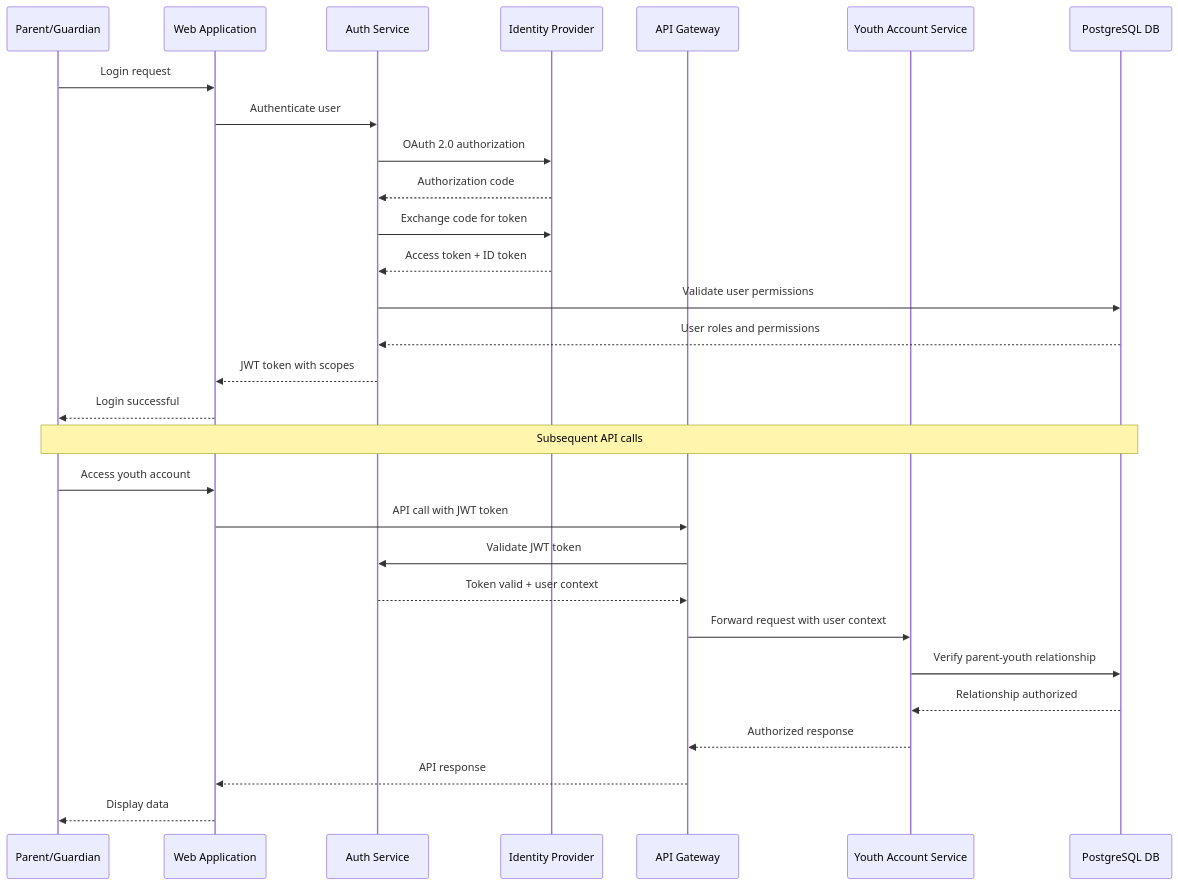
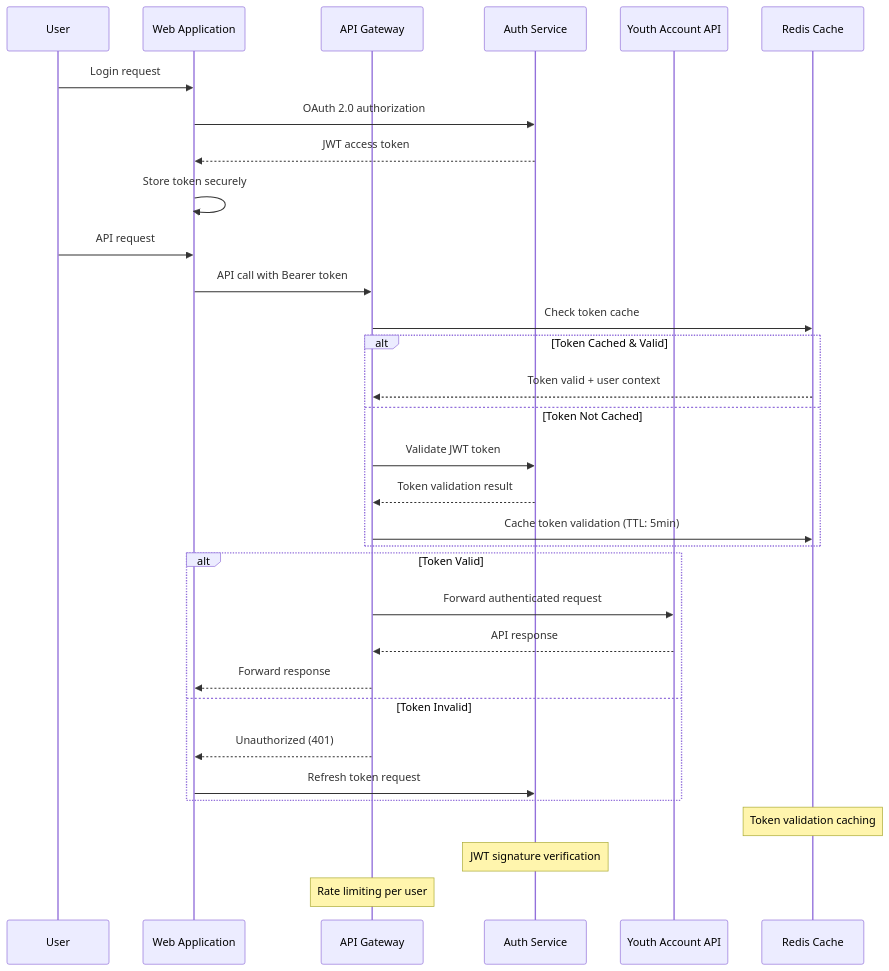
Before and after one commit to ThapaswiASC/SCIB-INCEPTION-PHASE-DEMO: the sixth of 6 diagrams in API Development/Components and Sequence Diagrams/sequence_diagram.md, drawn with Mermaid. The commit also changed other lines of this file and 1 other file, not shown here.

````diff
--- a/API Development/Components and Sequence Diagrams/sequence_diagram.md
+++ b/API Development/Components and Sequence Diagrams/sequence_diagram.md
@@ -303,36 +235,39 @@
 ```mermaid
 sequenceDiagram
-    participant Parent as Parent/Guardian
+    participant User as User
     participant WebApp as Web Application
-    participant AuthService as Auth Service
-    participant IdentityProvider as Identity Provider
-    participant APIGateway as API Gateway
-    participant YouthService as Youth Account Service
-    participant Database as PostgreSQL DB
-
-    Parent->>WebApp: Login request
-    WebApp->>AuthService: Authenticate user
-    AuthService->>IdentityProvider: OAuth 2.0 authorization
-    IdentityProvider-->>AuthService: Authorization code
-    AuthService->>IdentityProvider: Exchange code for token
-    IdentityProvider-->>AuthService: Access token + ID token
+    participant Gateway as API Gateway
+    participant AuthSvc as Auth Service
+    participant YouthAPI as Youth Account API
+    participant Cache as Redis Cache
     
-    AuthService->>Database: Validate user permissions
-    Database-->>AuthService: User roles and permissions
-    AuthService-->>WebApp: JWT token with scopes
-    WebApp-->>Parent: Login successful
+    User->>WebApp: Login request
+    WebApp->>AuthSvc: OAuth 2.0 authorization
+    AuthSvc-->>WebApp: JWT access token
+    WebApp->>WebApp: Store token securely
     
-    Note over Parent,Database: Subsequent API calls
+    User->>WebApp: API request
+    WebApp->>Gateway: API call with Bearer token
+    Gateway->>Cache: Check token cache
     
-    Parent->>WebApp: Access youth account
-    WebApp->>APIGateway: API call with JWT token
-    APIGateway->>AuthService: Validate JWT token
-    AuthService-->>APIGateway: Token valid + user context
+    alt Token Cached & Valid
+        Cache-->>Gateway: Token valid + user context
+    else Token Not Cached
+        Gateway->>AuthSvc: Validate JWT token
+        AuthSvc-->>Gateway: Token validation result
+        Gateway->>Cache: Cache token validation (TTL: 5min)
+    end
     
-    APIGateway->>YouthService: Forward request with user context
-    YouthService->>Database: Verify parent-youth relationship
-    Database-->>YouthService: Relationship authorized
-    YouthService-->>APIGateway: Authorized response
-    APIGateway-->>WebApp: API response
-    WebApp-->>Parent: Display data
+    alt Token Valid
+        Gateway->>YouthAPI: Forward authenticated request
+        YouthAPI-->>Gateway: API response
+        Gateway-->>WebApp: Forward response
+    else Token Invalid
+        Gateway-->>WebApp: Unauthorized (401)
+        WebApp->>AuthSvc: Refresh token request
+    end
+    
+    Note over Cache: Token validation caching
+    Note over AuthSvc: JWT signature verification
+    Note over Gateway: Rate limiting per user
 ```
````
